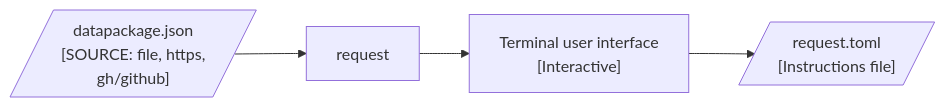
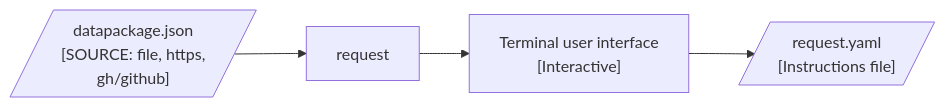
Before and after one commit to seedcase-project/seedcase-propagate: the fourth of 4 diagrams in docs/design/interface/cli.qmd, drawn with Mermaid. The commit also changed other lines of this file, not shown here.

````diff
--- a/docs/design/interface/cli.qmd
+++ b/docs/design/interface/cli.qmd
@@ -231,18 +233,18 @@
 ```{mermaid}
 %%| label: fig-cli-create-request-flow
 %%| fig-cap: "The flow of input and output through the CLI `create-request` command."
 %%| fig-alt: >-
 %%|   Diagram showing the flow of input and output through the CLI
 %%|   `create-request` command. The user only needs to provide the source of the
 %%|   metadata file.
 
 flowchart LR
     source[/"datapackage.json<br>[SOURCE: file, https,<br>gh/github]"/]
     request["request"]
     tui["Terminal user interface<br>[Interactive]"]
-    output[/"request.toml<br>[Instructions file]"/]
+    output[/"request.yaml<br>[Instructions file]"/]
 
     source --> request
     request --> tui
     tui --> output
 ```
````
